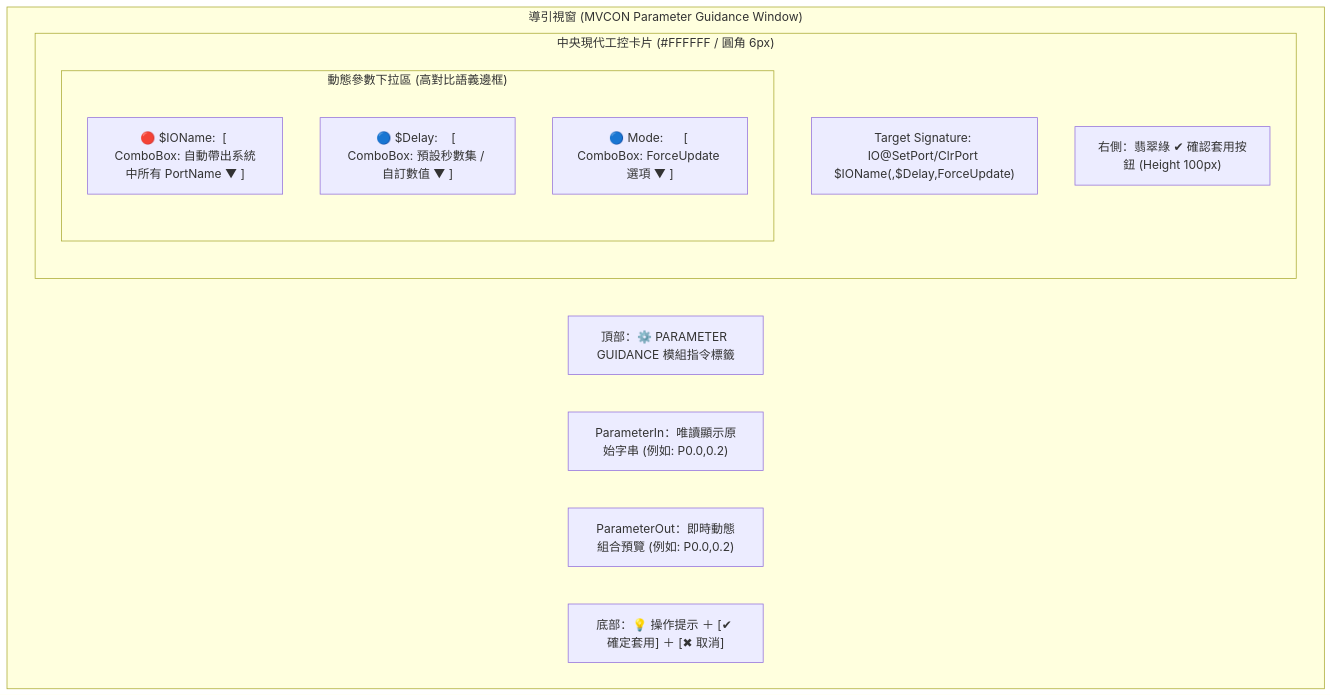
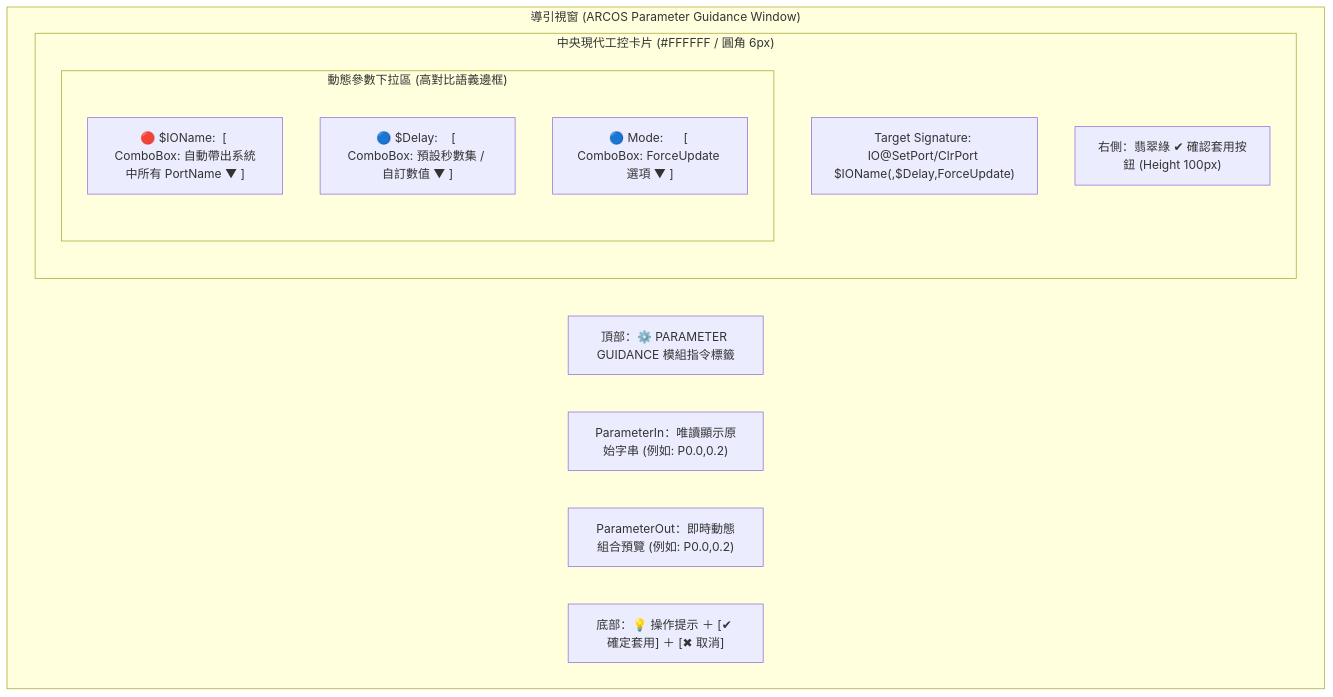
The first of 2 diagrams in docs/GUIDANCE_DESIGN_PRINCIPLES.md (arco651749/ARCOSharp), drawn with Mermaid before and after one commit. The commit also changed other lines of this file and 325 other files, not shown here.

Commit message:
refactor: comprehensive migration and rebranding from MVCON to ARCOS across all projects, namespaces, and documents

````diff
--- a/docs/GUIDANCE_DESIGN_PRINCIPLES.md
+++ b/docs/GUIDANCE_DESIGN_PRINCIPLES.md
@@ -44,22 +44,22 @@
 ```mermaid
 flowchart TD
-    subgraph GuidanceWindow ["導引視窗 (MVCON Parameter Guidance Window)"]
+    subgraph GuidanceWindow ["導引視窗 (ARCOS Parameter Guidance Window)"]
         TitleBar["頂部：⚙️ PARAMETER GUIDANCE 模組指令標籤"]
         InCard["ParameterIn：唯讀顯示原始字串 (例如: P0.0,0.2)"]
         
         subgraph CentralCard ["中央現代工控卡片 (#FFFFFF / 圓角 6px)"]
             Sig["Target Signature: IO@SetPort/ClrPort $IOName(,$Delay,ForceUpdate)"]
             
             subgraph ControlRows ["動態參數下拉區 (高對比語義邊框)"]
                 R1["🔴 $IOName:  [ ComboBox: 自動帶出系統中所有 PortName ▼ ]"]
                 R2["🔵 $Delay:    [ ComboBox: 預設秒數集 / 自訂數值 ▼ ]"]
                 R3["🔵 Mode:      [ ComboBox: ForceUpdate 選項 ▼ ]"]
             end
             
             BtnApply["右側：翡翠綠 ✔ 確認套用按鈕 (Height 100px)"]
         end
         
         OutCard["ParameterOut：即時動態組合預覽 (例如: P0.0,0.2)"]
         BottomBar["底部：💡 操作提示 ＋ [✔ 確定套用] ＋ [✖ 取消]"]
     end
 ```
````
